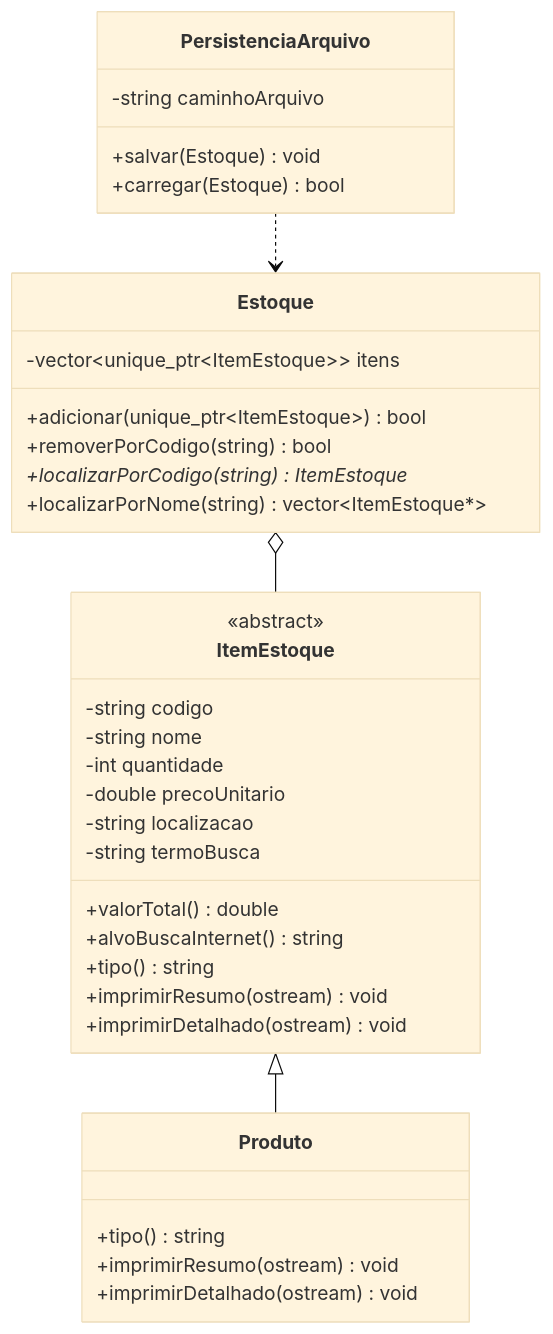
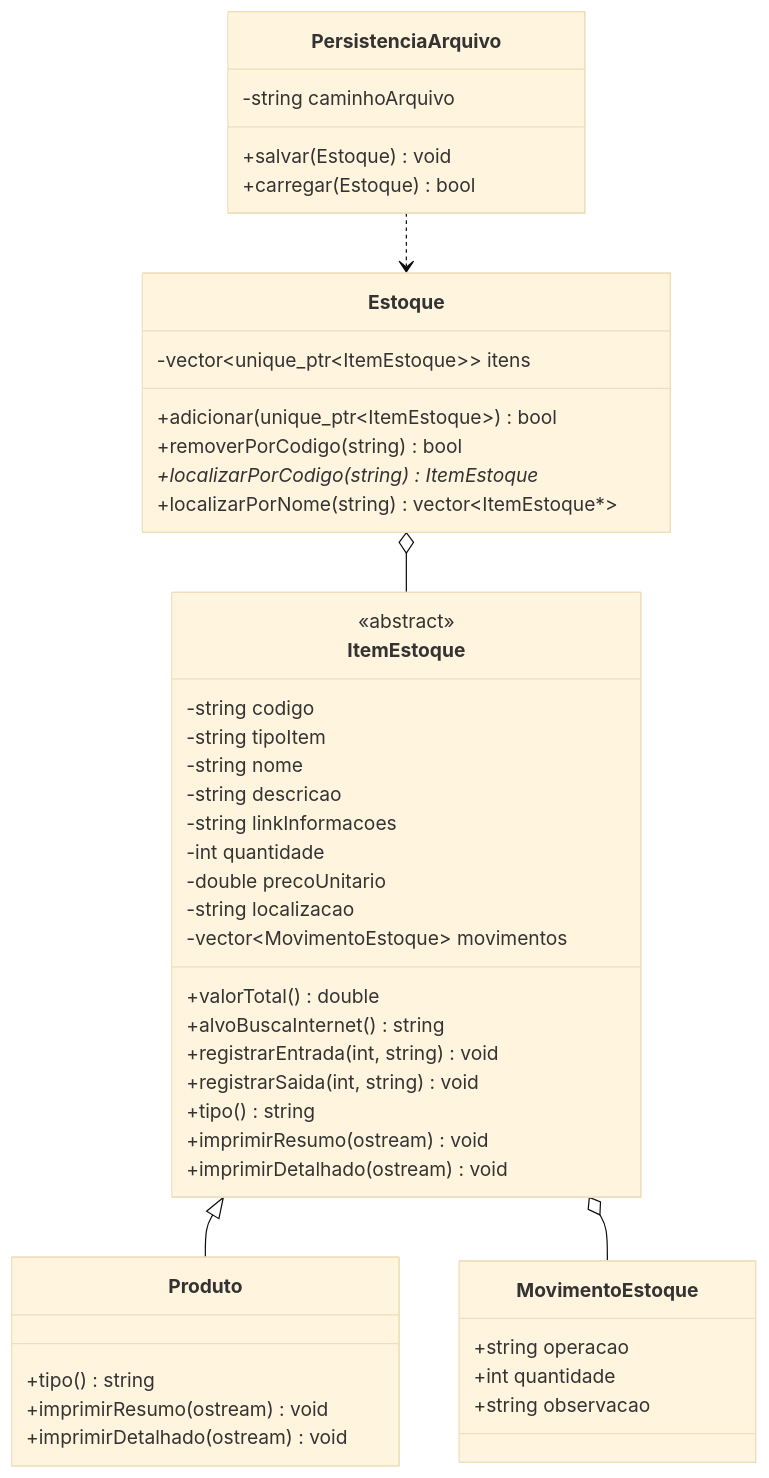
One commit to Garsaa/college-project-stock-management-in-c- changed the diagram in README.md. Above: the diagram before and after it, drawn with Mermaid (base theme). The commit also changed other lines of this file and 7 other files, not shown here.

````diff
--- a/README.md
+++ b/README.md
@@ -28,41 +41,53 @@
 ```mermaid
 classDiagram
+    class MovimentoEstoque {
+        +string operacao
+        +int quantidade
+        +string observacao
+    }
+
     class ItemEstoque {
         <<abstract>>
         -string codigo
+        -string tipoItem
         -string nome
+        -string descricao
+        -string linkInformacoes
         -int quantidade
         -double precoUnitario
         -string localizacao
-        -string termoBusca
+        -vector~MovimentoEstoque~ movimentos
         +valorTotal() double
         +alvoBuscaInternet() string
+        +registrarEntrada(int, string) void
+        +registrarSaida(int, string) void
         +tipo() string
         +imprimirResumo(ostream) void
         +imprimirDetalhado(ostream) void
     }
 
     class Produto {
         +tipo() string
         +imprimirResumo(ostream) void
         +imprimirDetalhado(ostream) void
     }
 
     class Estoque {
         -vector~unique_ptr~ItemEstoque~~ itens
         +adicionar(unique_ptr~ItemEstoque~) bool
         +removerPorCodigo(string) bool
         +localizarPorCodigo(string) ItemEstoque*
         +localizarPorNome(string) vector~ItemEstoque*~
     }
 
     class PersistenciaArquivo {
         -string caminhoArquivo
         +salvar(Estoque) void
         +carregar(Estoque) bool
     }
 
     ItemEstoque <|-- Produto
+    ItemEstoque o-- MovimentoEstoque
     Estoque o-- ItemEstoque
     PersistenciaArquivo ..> Estoque
 ```
````
